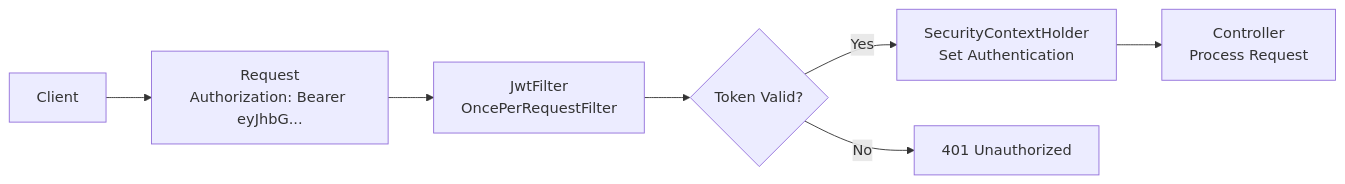
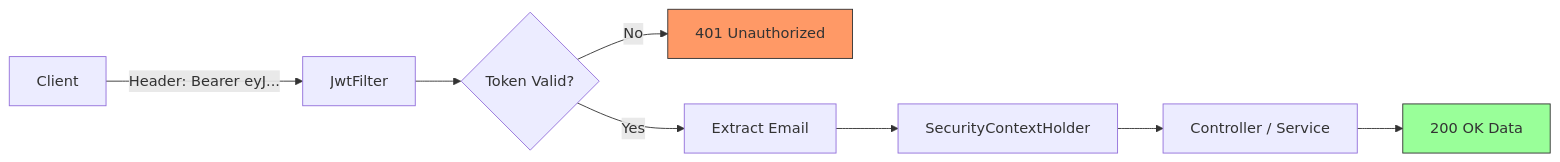
Before and after one commit to KARTHIKAKRISHNA123/todoist: diagram 11 of 20 in README.Md, drawn with Mermaid. The commit also changed other lines of this file, not shown here.

````diff
--- a/README.Md
+++ b/README.Md
@@ -517,17 +531,13 @@
 ```mermaid
 flowchart LR
-    A[Client]
-    B[Request\nAuthorization: Bearer eyJhbG...]
-    C[JwtFilter\nOncePerRequestFilter]
-    D{Token Valid?}
-    E[SecurityContextHolder\nSet Authentication]
-    F[Controller\nProcess Request]
-    G[401 Unauthorized]
+    A[Client] -- "Header: Bearer eyJ..." --> B[JwtFilter]
+    B --> C{Token Valid?}
+    C -- "No" --> D[401 Unauthorized]
+    C -- "Yes" --> E[Extract Email]
+    E --> F[SecurityContextHolder]
+    F --> G[Controller / Service]
+    G --> H[200 OK Data]
 
-    A --> B
-    B --> C
-    C --> D
-    D -->|Yes| E
-    E --> F
-    D -->|No| G
+    style D fill:#f96,stroke:#333
+    style H fill:#9f9,stroke:#333
 ```
````
